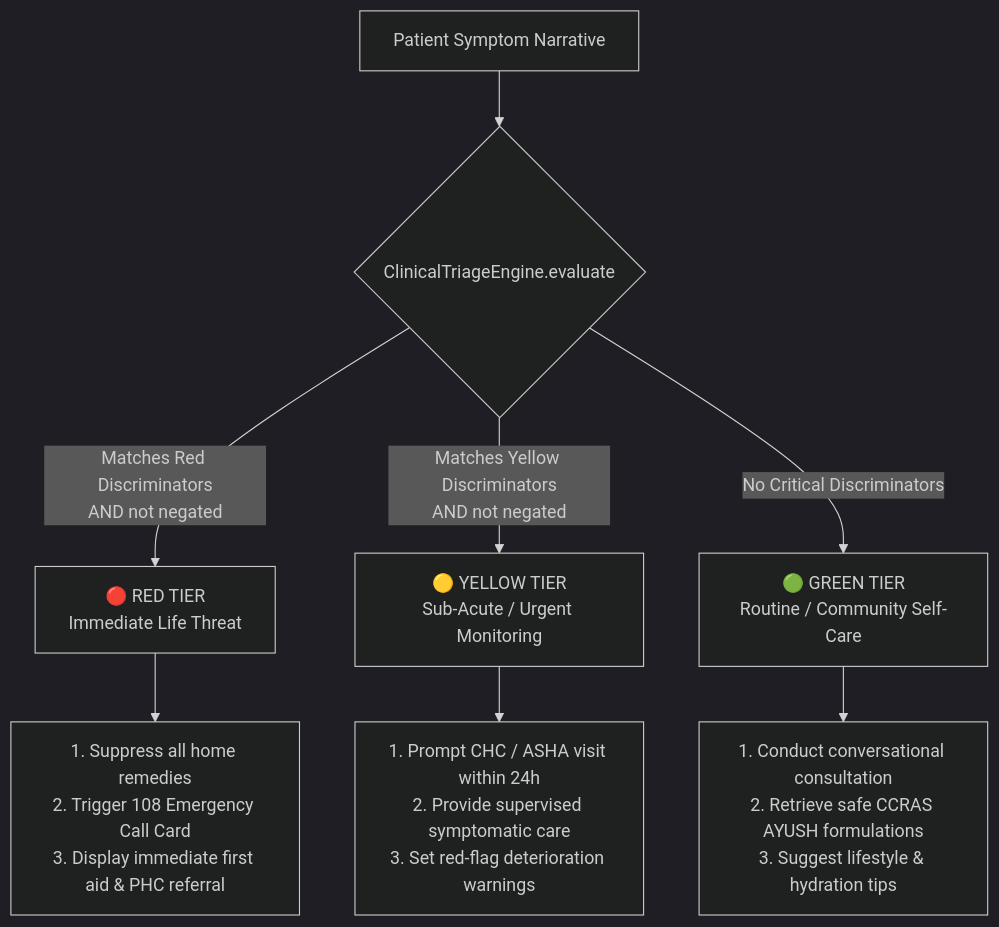
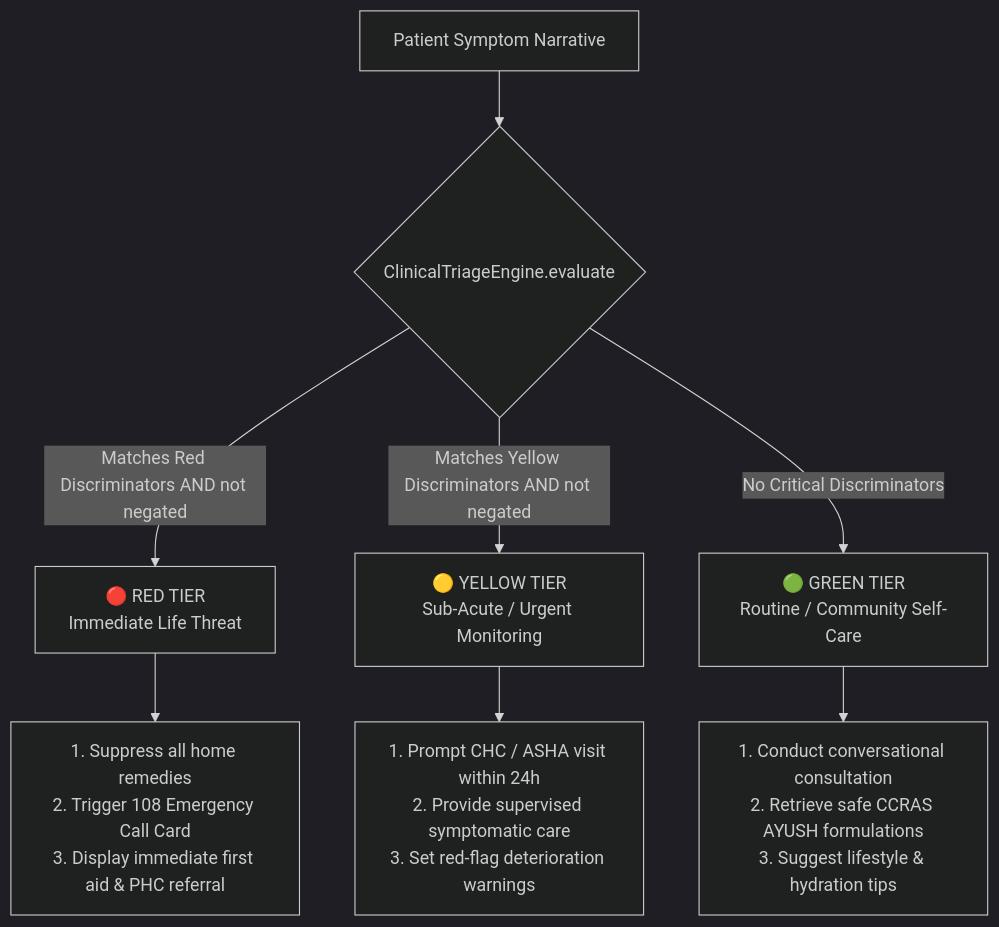
The diagram in Documentation/03_CLINICAL_TRIAGE_AND_SAFETY_ENGINE.md (Sachinsingh198/Sanjeevani), drawn with Mermaid (dark theme) before and after one commit. The commit also changed 4 other files, not shown here.

````diff
--- a/Documentation/03_CLINICAL_TRIAGE_AND_SAFETY_ENGINE.md
+++ b/Documentation/03_CLINICAL_TRIAGE_AND_SAFETY_ENGINE.md
@@ -13,12 +13,12 @@
 ```mermaid
 graph TD
     Input[Patient Symptom Narrative] --> Evaluate{ClinicalTriageEngine.evaluate}
 
-    Evaluate -->|Matches Red Discriminators\nAND not negated| Red[🔴 RED TIER\nImmediate Life Threat]
-    Evaluate -->|Matches Yellow Discriminators\nAND not negated| Yellow[🟡 YELLOW TIER\nSub-Acute / Urgent Monitoring]
+    Evaluate -->|Matches Red Discriminators AND not negated| Red[🔴 RED TIER\nImmediate Life Threat]
+    Evaluate -->|Matches Yellow Discriminators AND not negated| Yellow[🟡 YELLOW TIER\nSub-Acute / Urgent Monitoring]
     Evaluate -->|No Critical Discriminators| Green[🟢 GREEN TIER\nRoutine / Community Self-Care]
 
     Red --> RedAction[1. Suppress all home remedies\n2. Trigger 108 Emergency Call Card\n3. Display immediate first aid & PHC referral]
     Yellow --> YellowAction[1. Prompt CHC / ASHA visit within 24h\n2. Provide supervised symptomatic care\n3. Set red-flag deterioration warnings]
     Green --> GreenAction[1. Conduct conversational consultation\n2. Retrieve safe CCRAS AYUSH formulations\n3. Suggest lifestyle & hydration tips]
 ```
````
